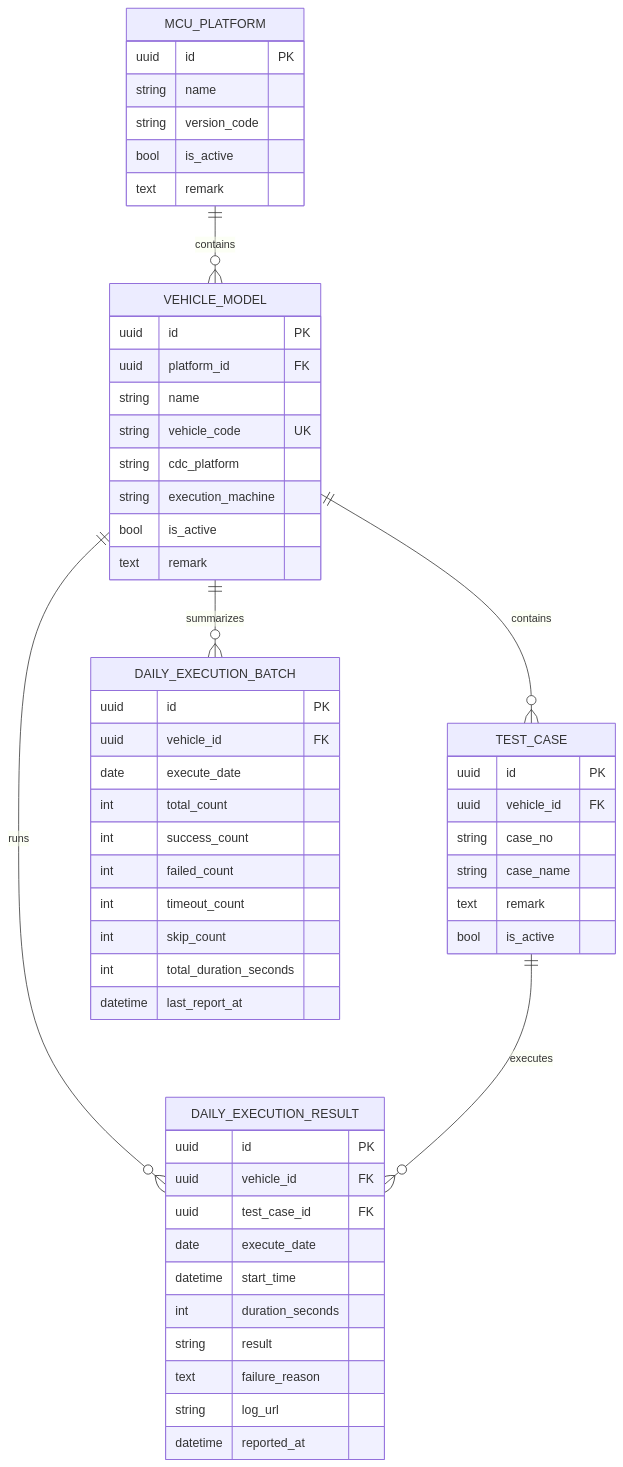
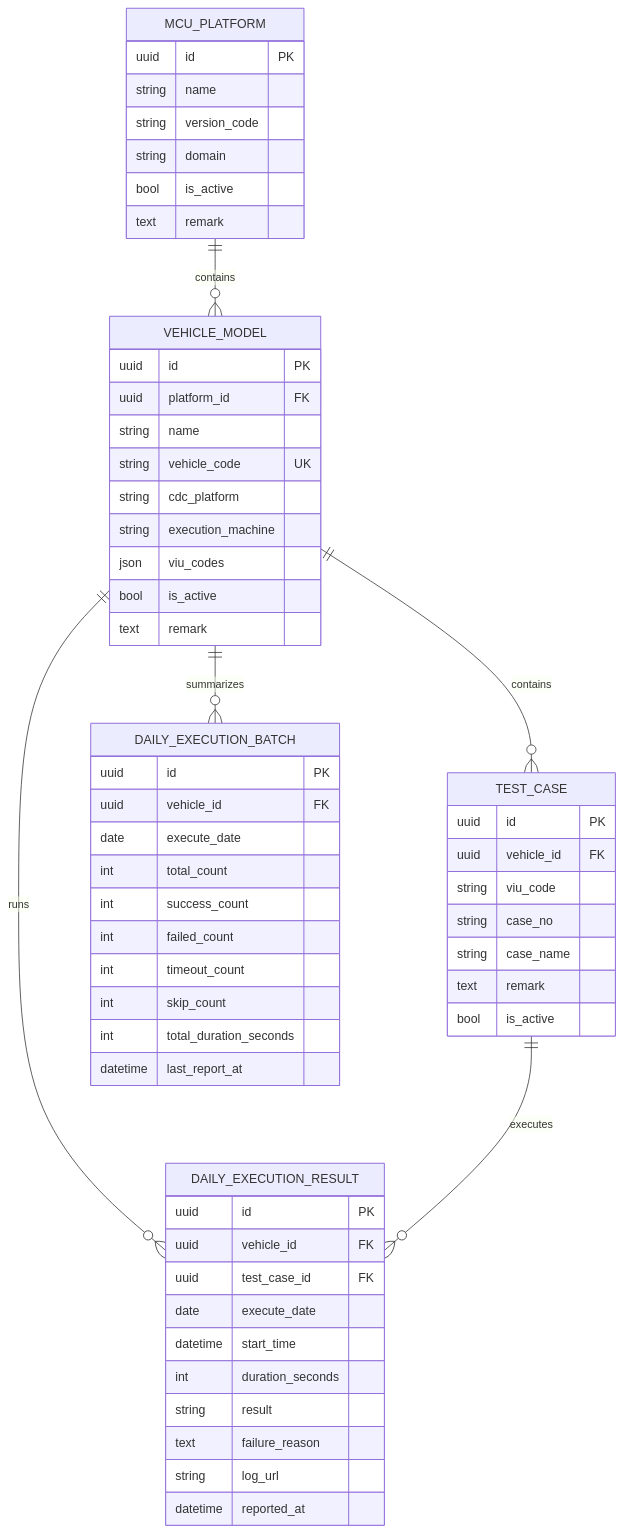
One commit to zrqg-znb/Focus_Admin changed the first of 2 diagrams in web/docs/src/modules/auto-test-report.md. Above: the diagram before and after it, drawn with Mermaid. The commit also changed other lines of this file and 22 other files, not shown here.

````diff
--- a/web/docs/src/modules/auto-test-report.md
+++ b/web/docs/src/modules/auto-test-report.md
@@ -80,62 +85,65 @@
 ```mermaid
 erDiagram
     MCU_PLATFORM ||--o{ VEHICLE_MODEL : contains
     VEHICLE_MODEL ||--o{ TEST_CASE : contains
     VEHICLE_MODEL ||--o{ DAILY_EXECUTION_BATCH : summarizes
     VEHICLE_MODEL ||--o{ DAILY_EXECUTION_RESULT : runs
     TEST_CASE ||--o{ DAILY_EXECUTION_RESULT : executes
 
     MCU_PLATFORM {
         uuid id PK
         string name
         string version_code
+        string domain
         bool is_active
         text remark
     }
 
     VEHICLE_MODEL {
         uuid id PK
         uuid platform_id FK
         string name
         string vehicle_code UK
         string cdc_platform
         string execution_machine
+        json viu_codes
         bool is_active
         text remark
     }
 
     TEST_CASE {
         uuid id PK
         uuid vehicle_id FK
+        string viu_code
         string case_no
         string case_name
         text remark
         bool is_active
     }
 
     DAILY_EXECUTION_BATCH {
         uuid id PK
         uuid vehicle_id FK
         date execute_date
         int total_count
         int success_count
         int failed_count
         int timeout_count
         int skip_count
         int total_duration_seconds
         datetime last_report_at
     }
 
     DAILY_EXECUTION_RESULT {
         uuid id PK
         uuid vehicle_id FK
         uuid test_case_id FK
         date execute_date
         datetime start_time
         int duration_seconds
         string result
         text failure_reason
         string log_url
         datetime reported_at
     }
 ```
````
